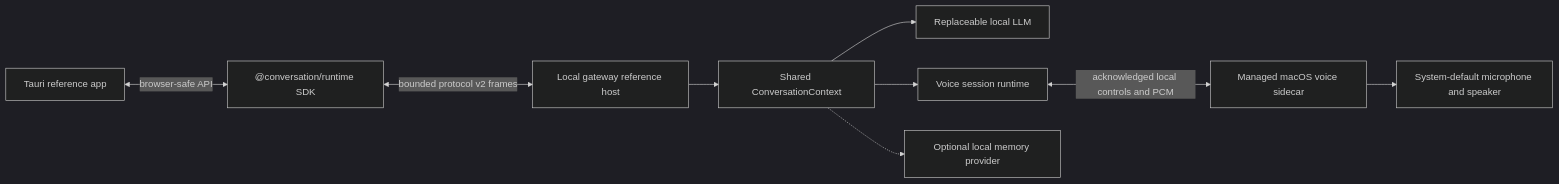
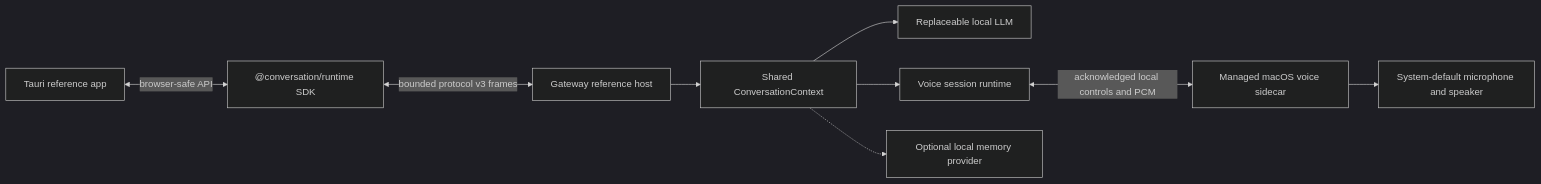
One commit to xiongxhc/conversation-runtime-sdk changed the diagram in README.md. Above: the diagram before and after it, drawn with Mermaid (dark theme). The commit also changed other lines of this file and 12 other files, not shown here.

````diff
--- a/README.md
+++ b/README.md
@@ -67,11 +67,11 @@
 ```mermaid
 flowchart LR
     App["Tauri reference app"] <-->|"browser-safe API"| SDK["@conversation/runtime SDK"]
-    SDK <-->|"bounded protocol v2 frames"| Gateway["Local gateway reference host"]
+    SDK <-->|"bounded protocol v3 frames"| Gateway["Gateway reference host"]
     Gateway --> Context["Shared ConversationContext"]
     Context --> LLM["Replaceable local LLM"]
     Context --> Voice["Voice session runtime"]
     Voice <-->|"acknowledged local controls and PCM"| Sidecar["Managed macOS voice sidecar"]
     Sidecar --> Devices["System-default microphone and speaker"]
     Context -.-> Memory["Optional local memory provider"]
 ```
````
